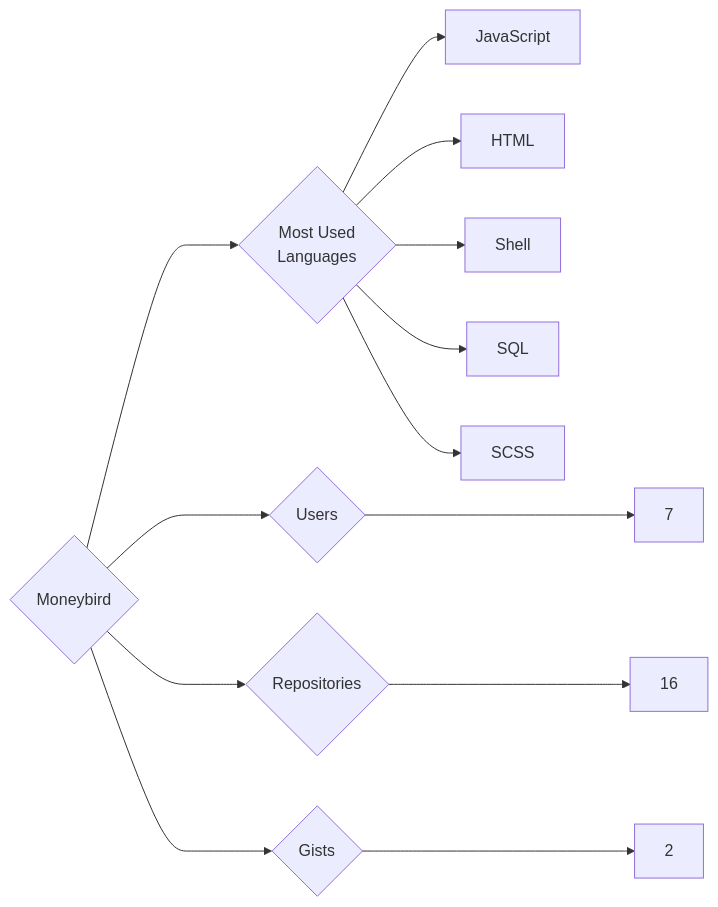
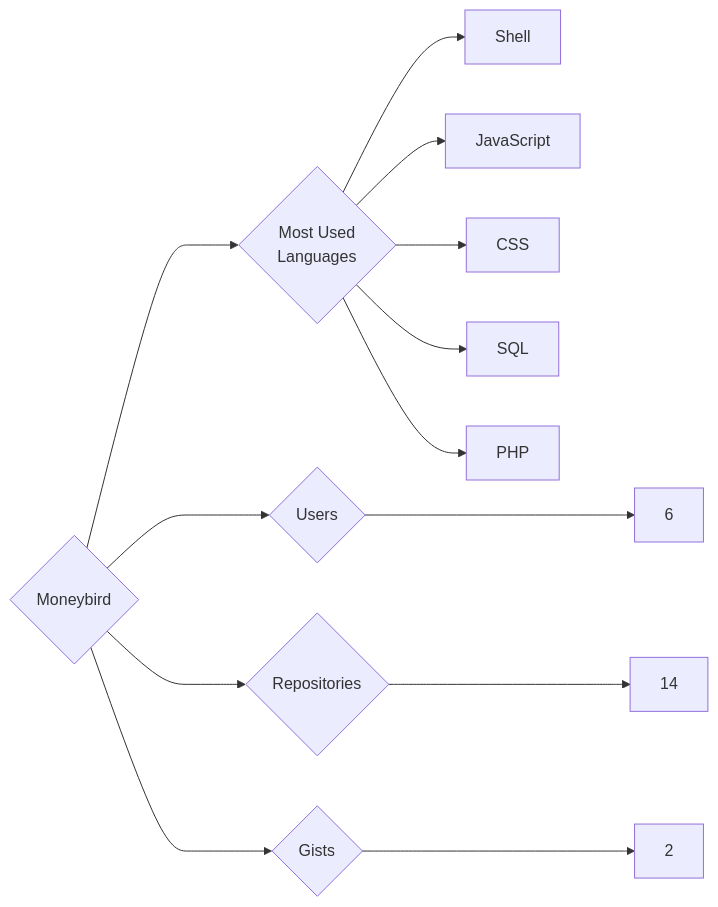
One commit to trickest/insiders changed the diagram in targets/Moneybird/README.md. Above: the diagram before and after it, drawn with Mermaid. The commit also changed 886 other files, not shown here.

````diff
--- a/targets/Moneybird/README.md
+++ b/targets/Moneybird/README.md
@@ -3,13 +3,13 @@
 ```mermaid
 graph LR
 COMPANY_NAME{Moneybird}
-COMPANY_NAME ---> U{Users} ---> UN[7]
-COMPANY_NAME ---> R{Repositories} ---> RN[16]
+COMPANY_NAME ---> U{Users} ---> UN[6]
+COMPANY_NAME ---> R{Repositories} ---> RN[14]
 COMPANY_NAME ---> G{Gists} ---> GN[2]
 COMPANY_NAME ---> ML{Most Used<br>Languages}
+ML --> Shell[Shell]
 ML --> JavaScript[JavaScript]
-ML --> HTML[HTML]
-ML --> Shell[Shell]
+ML --> CSS[CSS]
 ML --> SQL[SQL]
-ML --> SCSS[SCSS]
+ML --> PHP[PHP]
 ```
````
